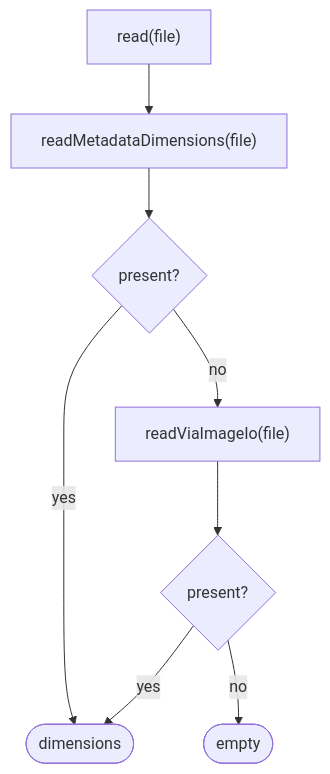
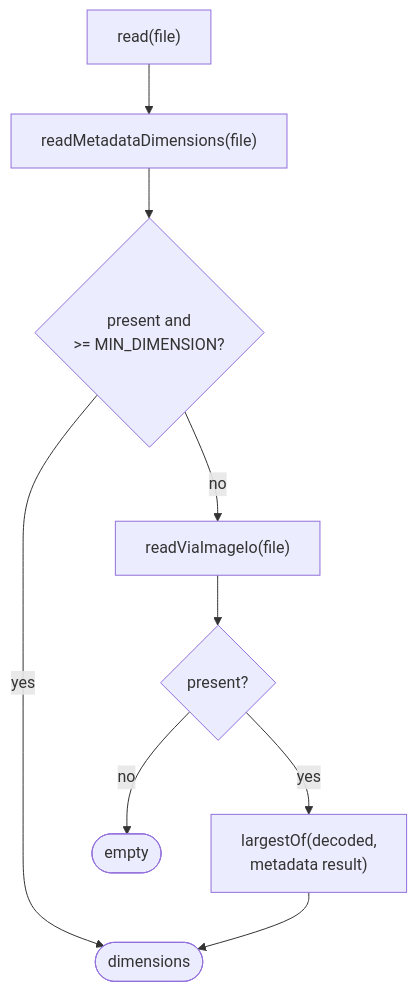
The first of 3 diagrams in app/docs/design/adapter/imaging/image-dimensions-reader.md (AdrianNachev91/sluice), drawn with Mermaid before and after one commit. The commit also changed other lines of this file and 44 other files, not shown here.

````diff
--- a/app/docs/design/adapter/imaging/image-dimensions-reader.md
+++ b/app/docs/design/adapter/imaging/image-dimensions-reader.md
@@ -14,10 +14,11 @@
 ```mermaid
 flowchart TD
     A["read(file)"] --> B["readMetadataDimensions(file)"]
-    B --> C{"present?"}
+    B --> C{"present and<br/>>= MIN_DIMENSION?"}
     C -- yes --> D(["dimensions"])
     C -- no --> E["readViaImageIo(file)"]
     E --> F{"present?"}
-    F -- yes --> D
+    F -- yes --> H["largestOf(decoded,<br/>metadata result)"]
+    H --> D
     F -- no --> G(["empty"])
 ```
````
